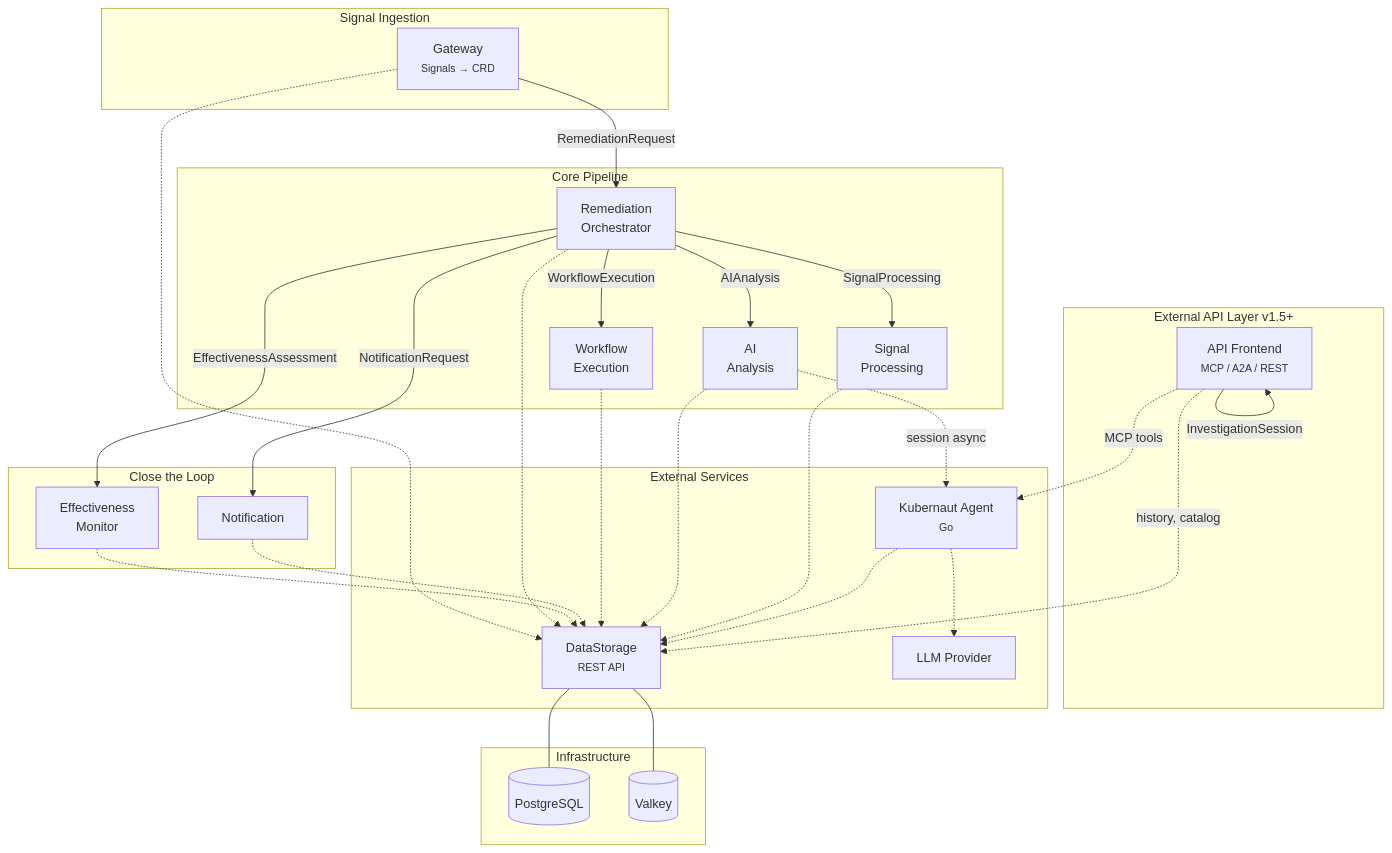
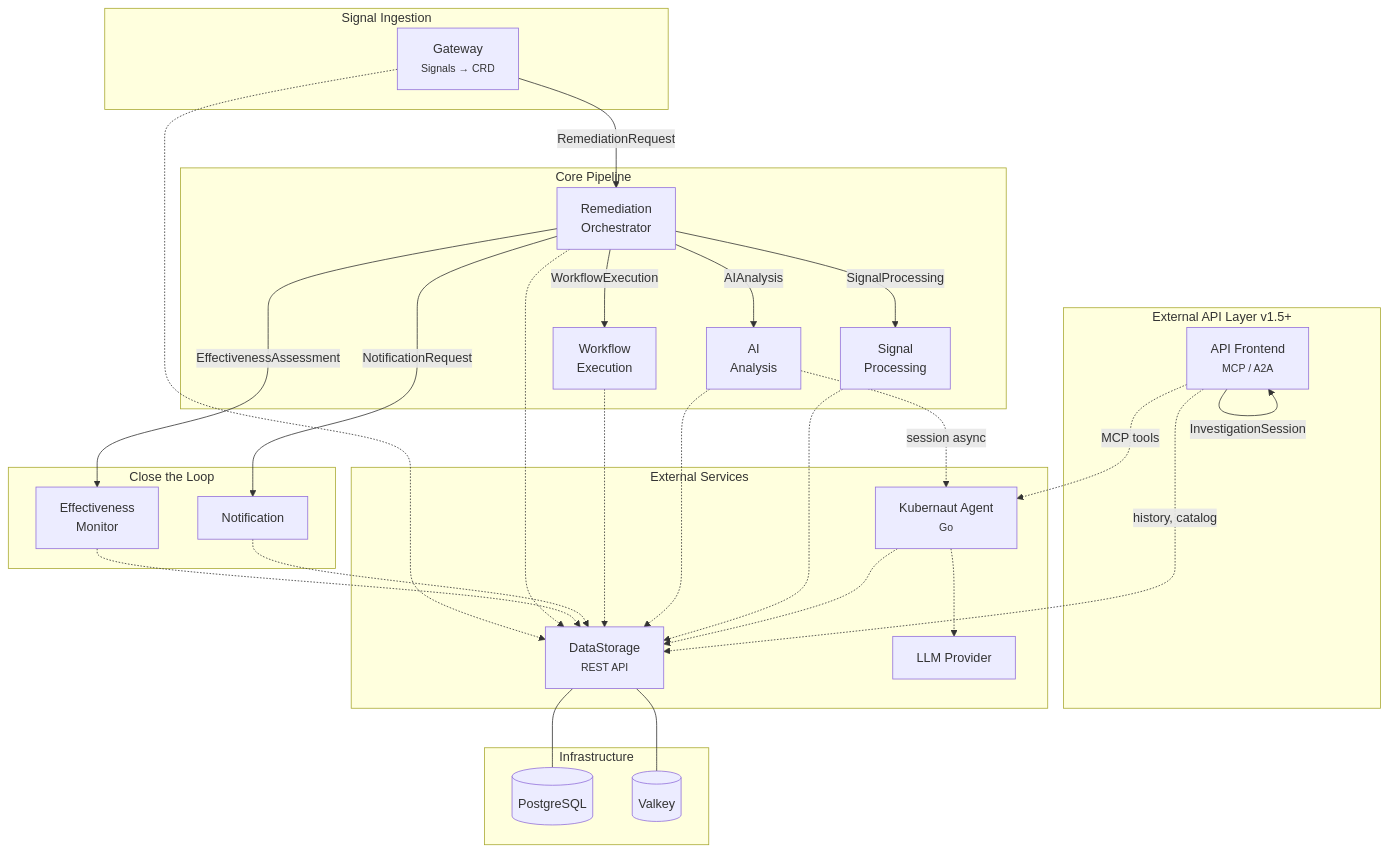
One commit to jordigilh/kubernaut-docs changed the diagram in docs/architecture/overview.md. Above: the diagram before and after it, drawn with Mermaid. The commit also changed 5 other files, not shown here.

First line of the commit message:
feat: interactive "How It Works" SVG with API Frontend card and tab sync

````diff
--- a/docs/architecture/overview.md
+++ b/docs/architecture/overview.md
@@ -76,59 +76,59 @@
 ```mermaid
 graph TB
     subgraph Ingress["Signal Ingestion"]
         GW[Gateway<br/><small>Signals → CRD</small>]
     end
 
     subgraph External_API["External API Layer v1.5+"]
-        AF[API Frontend<br/><small>MCP / A2A / REST</small>]
+        AF[API Frontend<br/><small>MCP / A2A</small>]
     end
 
     subgraph Core["Core Pipeline"]
         RO[Remediation<br/>Orchestrator]
         SP[Signal<br/>Processing]
         AA[AI<br/>Analysis]
         WE[Workflow<br/>Execution]
     end
 
     subgraph Closing["Close the Loop"]
         NF[Notification]
         EM[Effectiveness<br/>Monitor]
     end
 
     subgraph External["External Services"]
         KA[Kubernaut Agent<br/><small>Go</small>]
         DS[DataStorage<br/><small>REST API</small>]
         LLM[LLM Provider]
     end
 
     subgraph Infra["Infrastructure"]
         PG[(PostgreSQL)]
         RD[(Valkey)]
     end
 
     AF -.->|MCP tools| KA
     AF -.->|history, catalog| DS
     AF -->|InvestigationSession| AF
 
     GW -->|RemediationRequest| RO
     RO -->|SignalProcessing| SP
     RO -->|AIAnalysis| AA
     RO -->|WorkflowExecution| WE
     RO -->|NotificationRequest| NF
     RO -->|EffectivenessAssessment| EM
 
     AA -.->|session async| KA
     KA -.-> LLM
     KA -.-> DS
 
     SP -.-> DS
     AA -.-> DS
     WE -.-> DS
     NF -.-> DS
     EM -.-> DS
     RO -.-> DS
     GW -.-> DS
 
     DS --- PG
     DS --- RD
 ```
````
